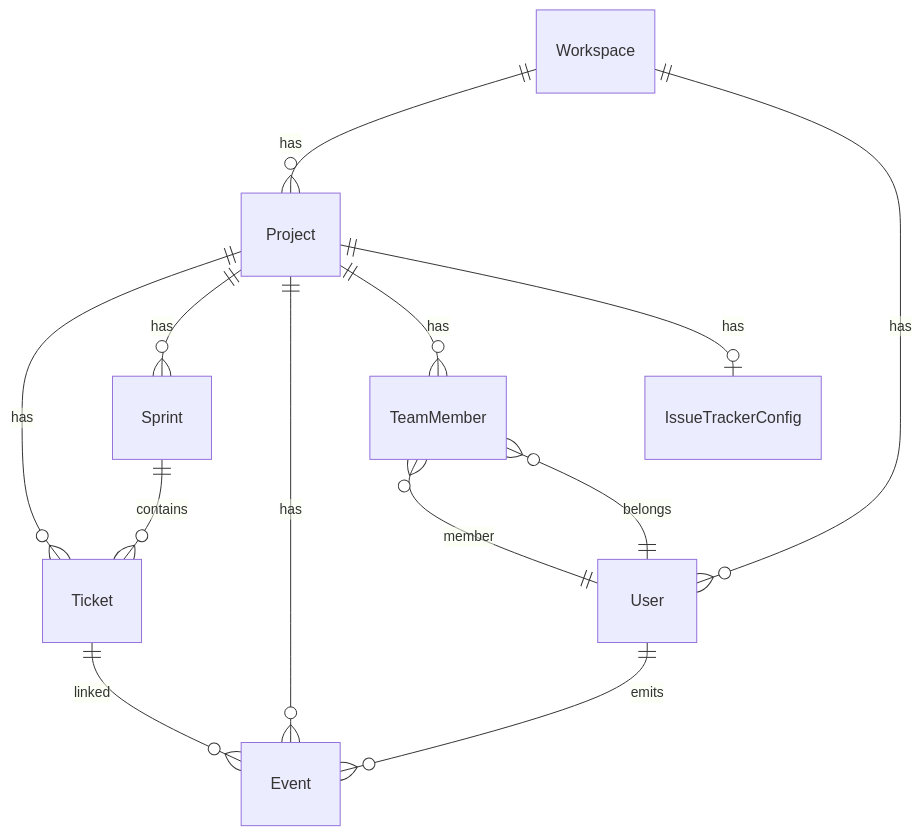
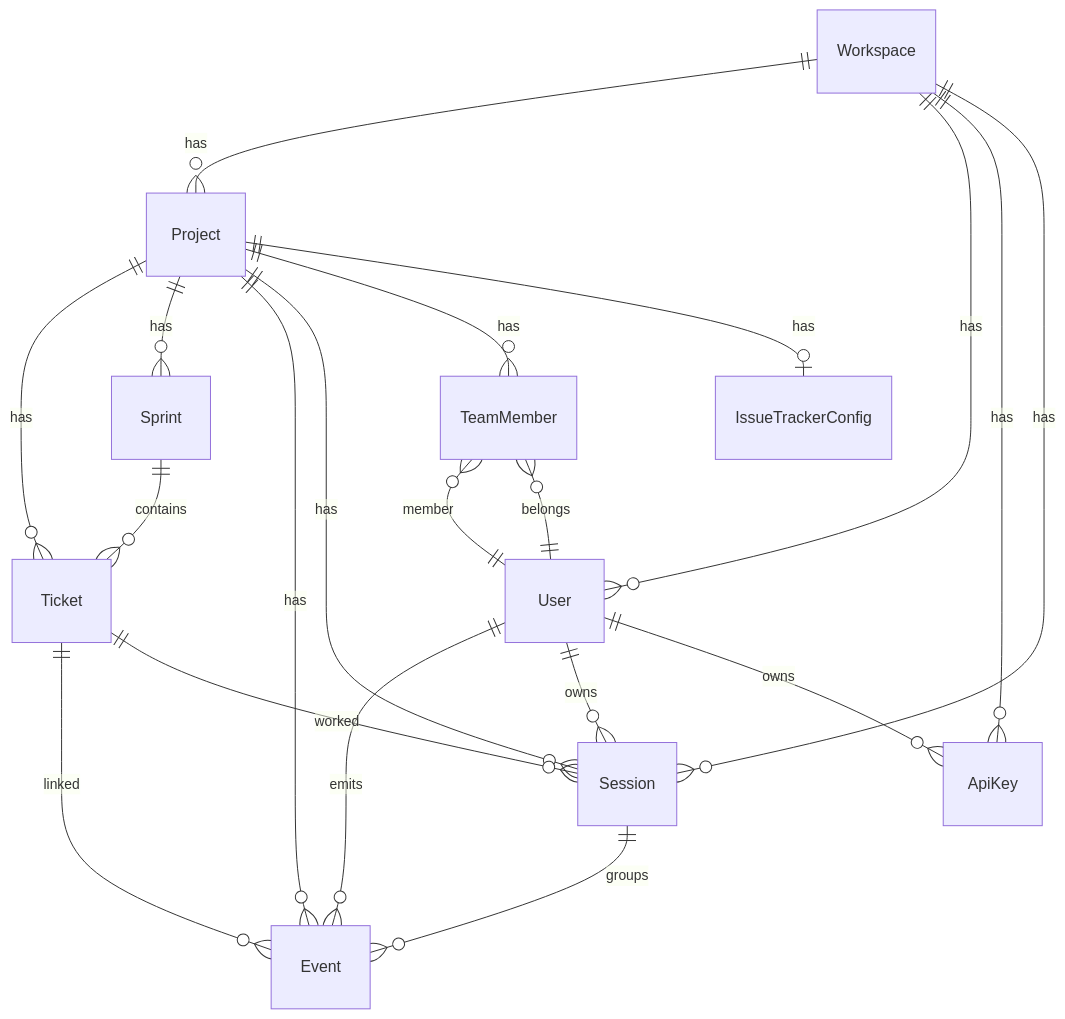
The second of 4 diagrams in docs/ARCHITECTURE.md (filipjevtic/agile-token-sprint), drawn with Mermaid before and after one commit. The commit also changed other lines of this file and 4 other files, not shown here.

````diff
--- a/docs/ARCHITECTURE.md
+++ b/docs/ARCHITECTURE.md
@@ -65,15 +66,22 @@
 ```mermaid
 erDiagram
     Workspace ||--o{ Project : has
     Workspace ||--o{ User : has
+    Workspace ||--o{ ApiKey : has
+    Workspace ||--o{ Session : has
     Project ||--o{ Ticket : has
     Project ||--o{ Sprint : has
     Project ||--o{ Event : has
+    Project ||--o{ Session : has
     Project ||--o{ TeamMember : has
     Project ||--o| IssueTrackerConfig : has
     Sprint ||--o{ Ticket : contains
     User ||--o{ Event : emits
+    User ||--o{ Session : owns
+    User ||--o{ ApiKey : owns
     User ||--o{ TeamMember : belongs
     Ticket ||--o{ Event : linked
+    Ticket ||--o{ Session : worked
+    Session ||--o{ Event : groups
     TeamMember }o--|| User : member
 ```
````
